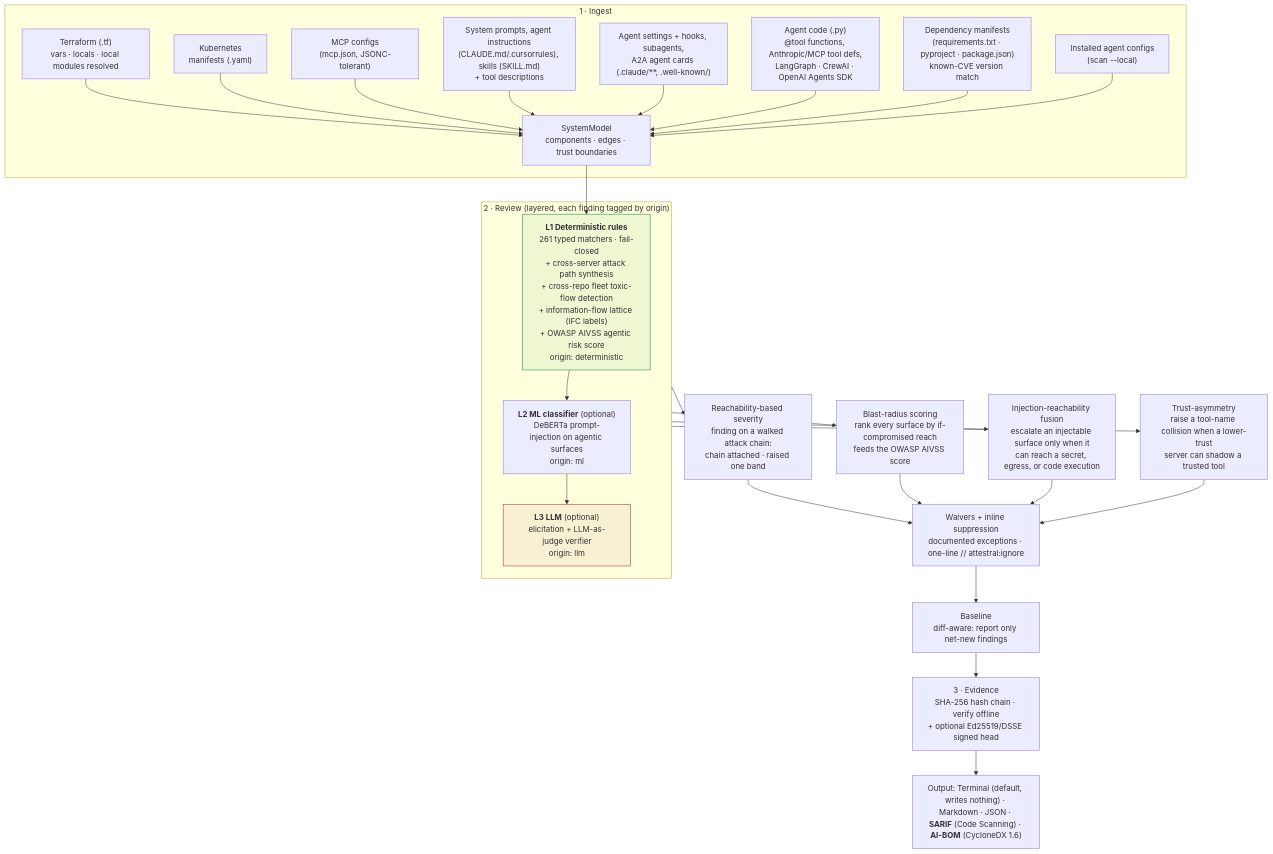
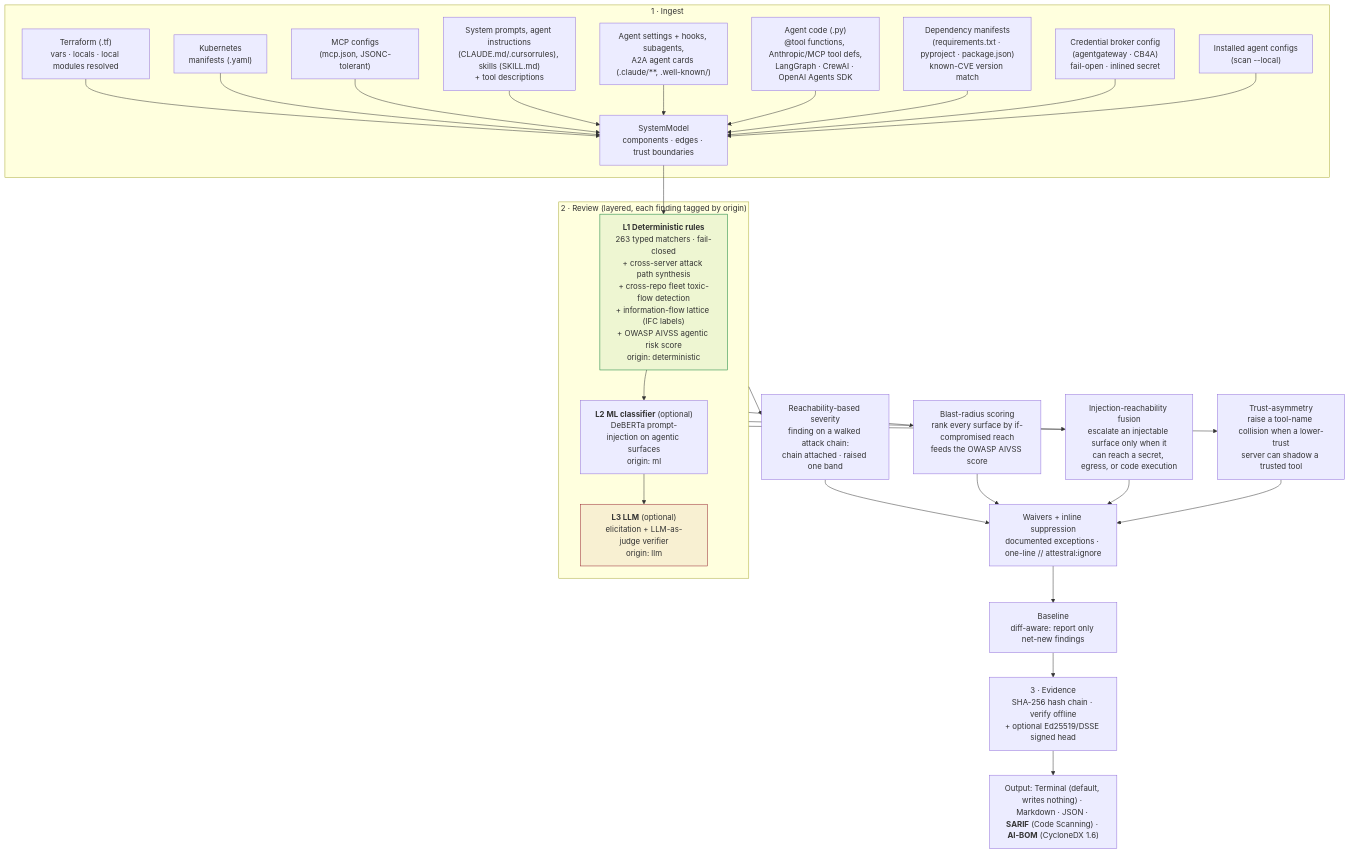
The first of 4 diagrams in README.md (attestral-labs/attestral), drawn with Mermaid before and after one commit. The commit also changed other lines of this file and 16 other files, not shown here.

First line of the commit message:
feat: agentgateway credential-broker review (ATL-166 fail-open, ATL-167 inline secret)

````diff
--- a/README.md
+++ b/README.md
@@ -123,34 +123,35 @@
 ```mermaid
 flowchart TB
     subgraph ING["1 · Ingest"]
         TF["Terraform (.tf)<br/>vars · locals · local modules resolved"] --> M
         K8S["Kubernetes<br/>manifests (.yaml)"] --> M
         MCP["MCP configs<br/>(mcp.json, JSONC-tolerant)"] --> M
         SP["System prompts, agent instructions<br/>(CLAUDE.md/.cursorrules), skills (SKILL.md)<br/>+ tool descriptions"] --> M
         AC["Agent settings + hooks, subagents,<br/>A2A agent cards (.claude/**, .well-known/)"] --> M
         CODE["Agent code (.py)<br/>@tool functions, Anthropic/MCP tool defs,<br/>LangGraph · CrewAI · OpenAI Agents SDK"] --> M
         DEP["Dependency manifests<br/>(requirements.txt · pyproject · package.json)<br/>known-CVE version match"] --> M
+        GW["Credential broker config<br/>(agentgateway · CB4A)<br/>fail-open · inlined secret"] --> M
         LC["Installed agent configs<br/>(scan --local)"] --> M
         M["SystemModel<br/>components · edges · trust boundaries"]
     end
     M --> L1
     subgraph REV["2 · Review (layered, each finding tagged by origin)"]
-        L1["<b>L1 Deterministic rules</b><br/>261 typed matchers · fail-closed<br/>+ cross-server attack path synthesis<br/>+ cross-repo fleet toxic-flow detection<br/>+ information-flow lattice (IFC labels)<br/>+ OWASP AIVSS agentic risk score<br/>origin: deterministic"]
+        L1["<b>L1 Deterministic rules</b><br/>263 typed matchers · fail-closed<br/>+ cross-server attack path synthesis<br/>+ cross-repo fleet toxic-flow detection<br/>+ information-flow lattice (IFC labels)<br/>+ OWASP AIVSS agentic risk score<br/>origin: deterministic"]
         L2["<b>L2 ML classifier</b> (optional)<br/>DeBERTa prompt-injection on agentic surfaces<br/>origin: ml"]
         L3["<b>L3 LLM</b> (optional)<br/>elicitation + LLM-as-judge verifier<br/>origin: llm"]
         L1 --> L2 --> L3
     end
     REV --> RS["Reachability-based severity<br/>finding on a walked attack chain:<br/>chain attached · raised one band"]
     REV --> BR["Blast-radius scoring<br/>rank every surface by if-compromised reach<br/>feeds the OWASP AIVSS score"]
     REV --> IR["Injection-reachability fusion<br/>escalate an injectable surface only when it<br/>can reach a secret, egress, or code execution"]
     REV --> TA["Trust-asymmetry<br/>raise a tool-name collision when a lower-trust<br/>server can shadow a trusted tool"]
     RS --> W["Waivers + inline suppression<br/>documented exceptions · one-line // attestral:ignore"]
     BR --> W
     IR --> W
     TA --> W
     W --> BL["Baseline<br/>diff-aware: report only net-new findings"]
     BL --> EV["3 · Evidence<br/>SHA-256 hash chain · verify offline<br/>+ optional Ed25519/DSSE signed head"]
     EV --> OUT["Output: Terminal (default, writes nothing) · Markdown · JSON · <b>SARIF</b> (Code Scanning) · <b>AI-BOM</b> (CycloneDX 1.6)"]
     style L1 fill:#0a7d3611,stroke:#0a7d36
     style L3 fill:#96222E11,stroke:#96222E
 ```
````
